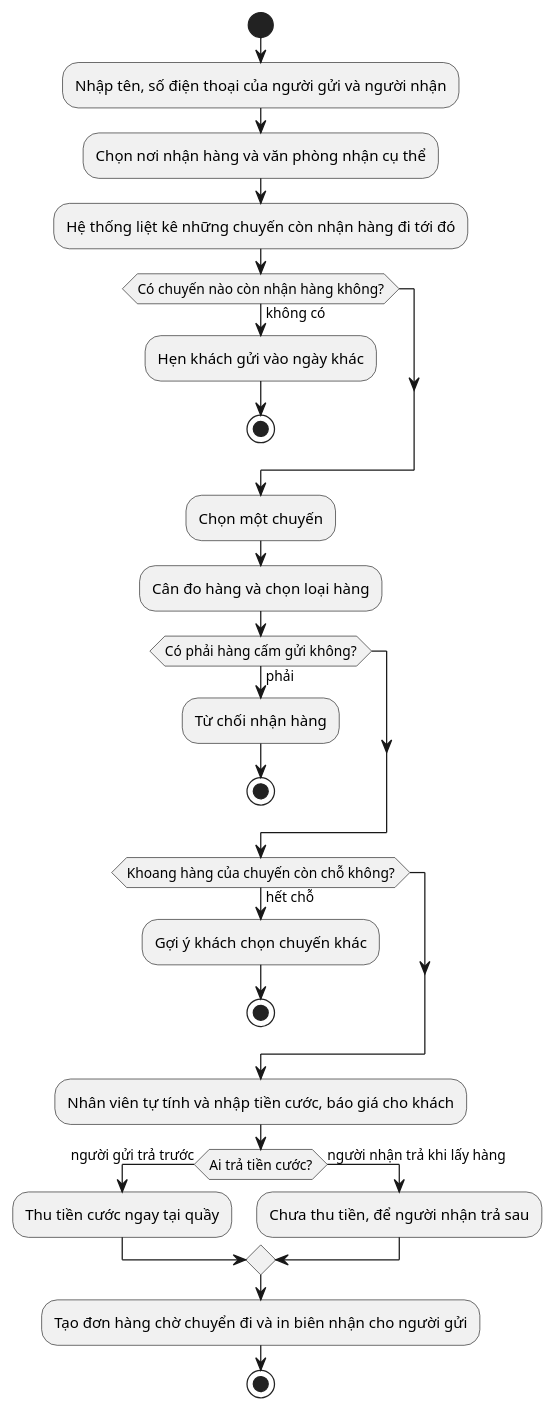
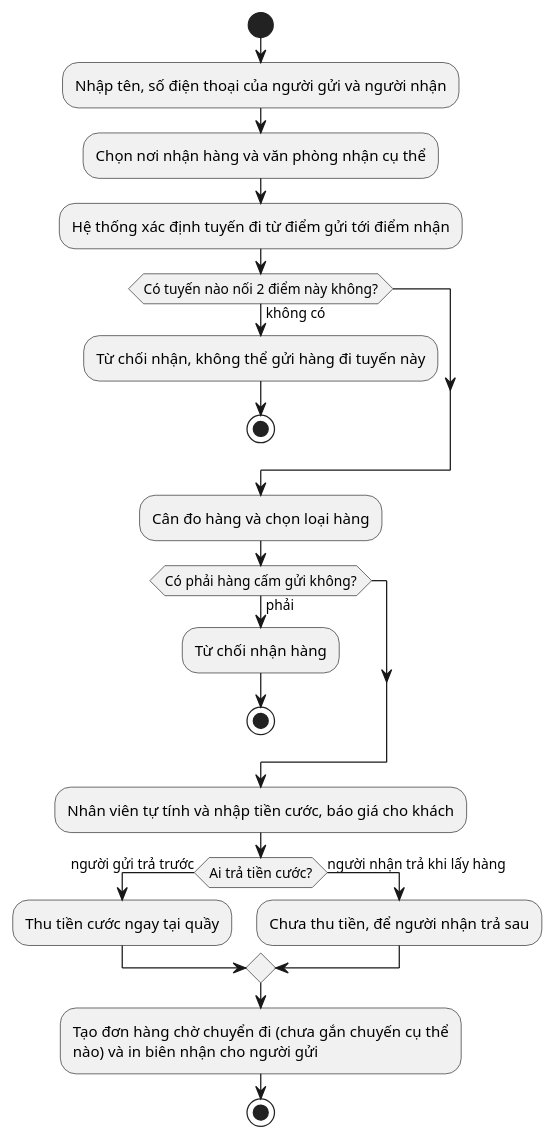
Before and after one commit to nguyenvietanhit19/Project1_HeThongQuanLyNhaXeKhachLienTinh: diagram 31 of 52 in UML_DIAGRAMS.md, drawn with PlantUML. The commit also changed other lines of this file and 4 other files, not shown here.

````diff
--- a/UML_DIAGRAMS.md
+++ b/UML_DIAGRAMS.md
@@ -763,30 +824,25 @@
 ```plantuml
 @startuml AD_UC23_NhanHangGui
 start
 :Nhập tên, số điện thoại của người gửi và người nhận;
 :Chọn nơi nhận hàng và văn phòng nhận cụ thể;
-:Hệ thống liệt kê những chuyến còn nhận hàng đi tới đó;
-if (Có chuyến nào còn nhận hàng không?) then (không có)
-  :Hẹn khách gửi vào ngày khác;
+:Hệ thống xác định tuyến đi từ điểm gửi tới điểm nhận;
+if (Có tuyến nào nối 2 điểm này không?) then (không có)
+  :Từ chối nhận, không thể gửi hàng đi tuyến này;
   stop
 endif
-:Chọn một chuyến;
 :Cân đo hàng và chọn loại hàng;
 if (Có phải hàng cấm gửi không?) then (phải)
   :Từ chối nhận hàng;
-  stop
-endif
-if (Khoang hàng của chuyến còn chỗ không?) then (hết chỗ)
-  :Gợi ý khách chọn chuyến khác;
   stop
 endif
 :Nhân viên tự tính và nhập tiền cước, báo giá cho khách;
 if (Ai trả tiền cước?) then (người gửi trả trước)
   :Thu tiền cước ngay tại quầy;
 else (người nhận trả khi lấy hàng)
   :Chưa thu tiền, để người nhận trả sau;
 endif
-:Tạo đơn hàng chờ chuyển đi và in biên nhận cho người gửi;
+:Tạo đơn hàng chờ chuyển đi (chưa gắn chuyến cụ thể\nnào) và in biên nhận cho người gửi;
 stop
 @enduml
 ```
````
